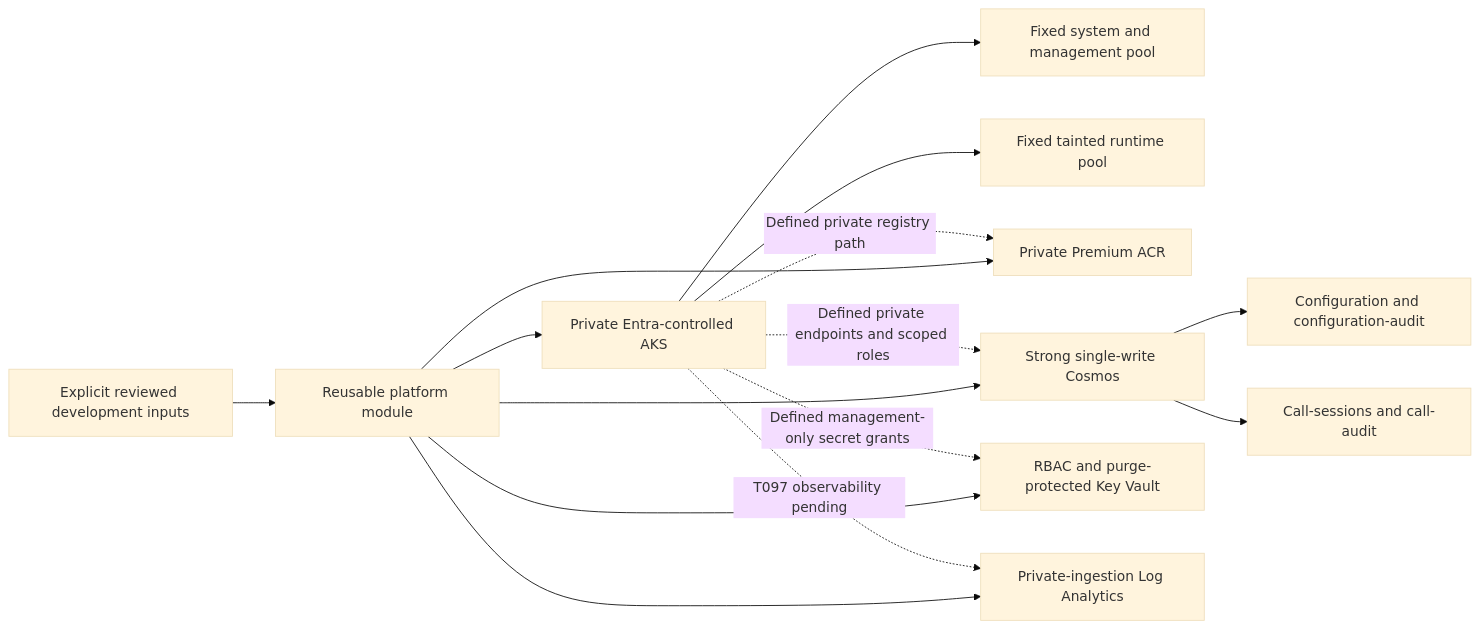
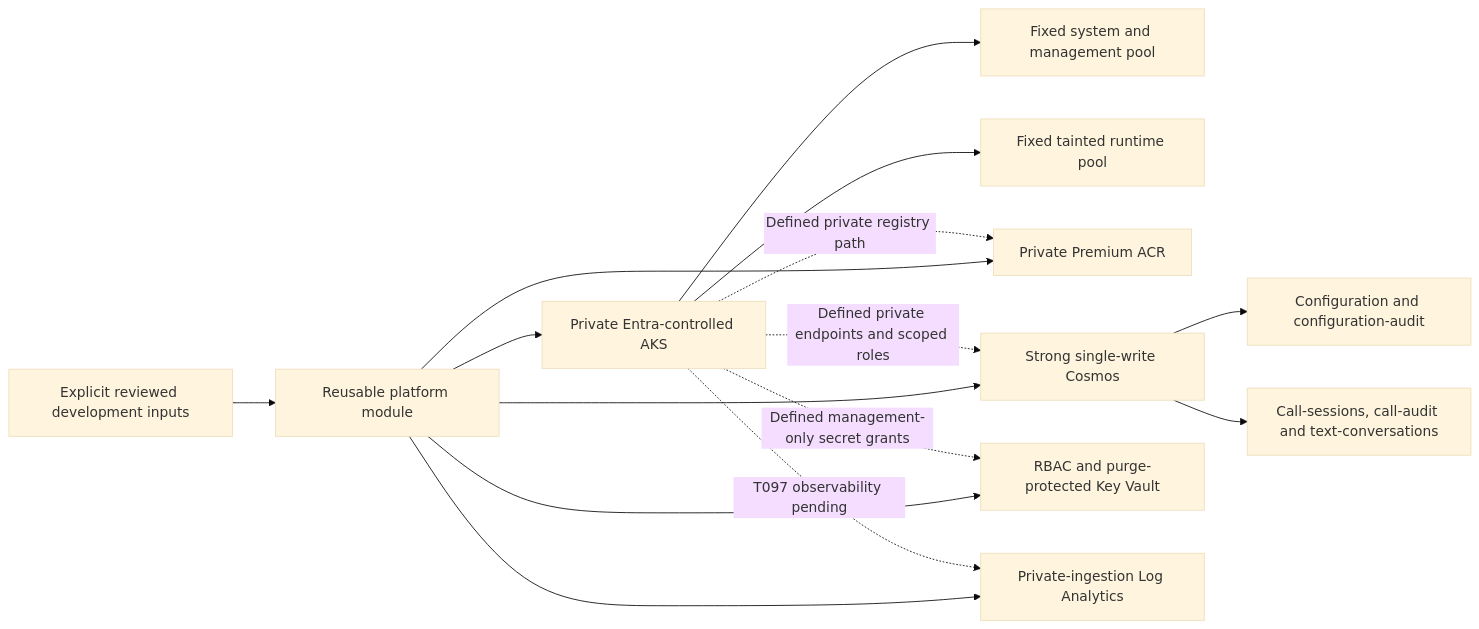
One commit to marvinbuss/caller-ai changed the diagram in docs/runbooks/platform.md. Above: the diagram before and after it, drawn with Mermaid (base theme). The commit also changed other lines of this file and 236 other files, not shown here.

````diff
--- a/docs/runbooks/platform.md
+++ b/docs/runbooks/platform.md
@@ -18,17 +18,17 @@
 ```mermaid
 flowchart LR
     Dev[Explicit reviewed development inputs] --> Module[Reusable platform module]
     Module --> AKS[Private Entra-controlled AKS]
     AKS --> System[Fixed system and management pool]
     AKS --> Runtime[Fixed tainted runtime pool]
     Module --> ACR[Private Premium ACR]
     Module --> Cosmos[Strong single-write Cosmos]
     Cosmos --> Management[Configuration and configuration-audit]
-    Cosmos --> Calls[Call-sessions and call-audit]
+    Cosmos --> Calls[Call-sessions, call-audit and text-conversations]
     Module --> Vault[RBAC and purge-protected Key Vault]
     Module --> Monitor[Private-ingestion Log Analytics]
     AKS -. Defined private endpoints and scoped roles .-> Cosmos
     AKS -. Defined private registry path .-> ACR
     AKS -. Defined management-only secret grants .-> Vault
     AKS -. T097 observability pending .-> Monitor
 ```
````
